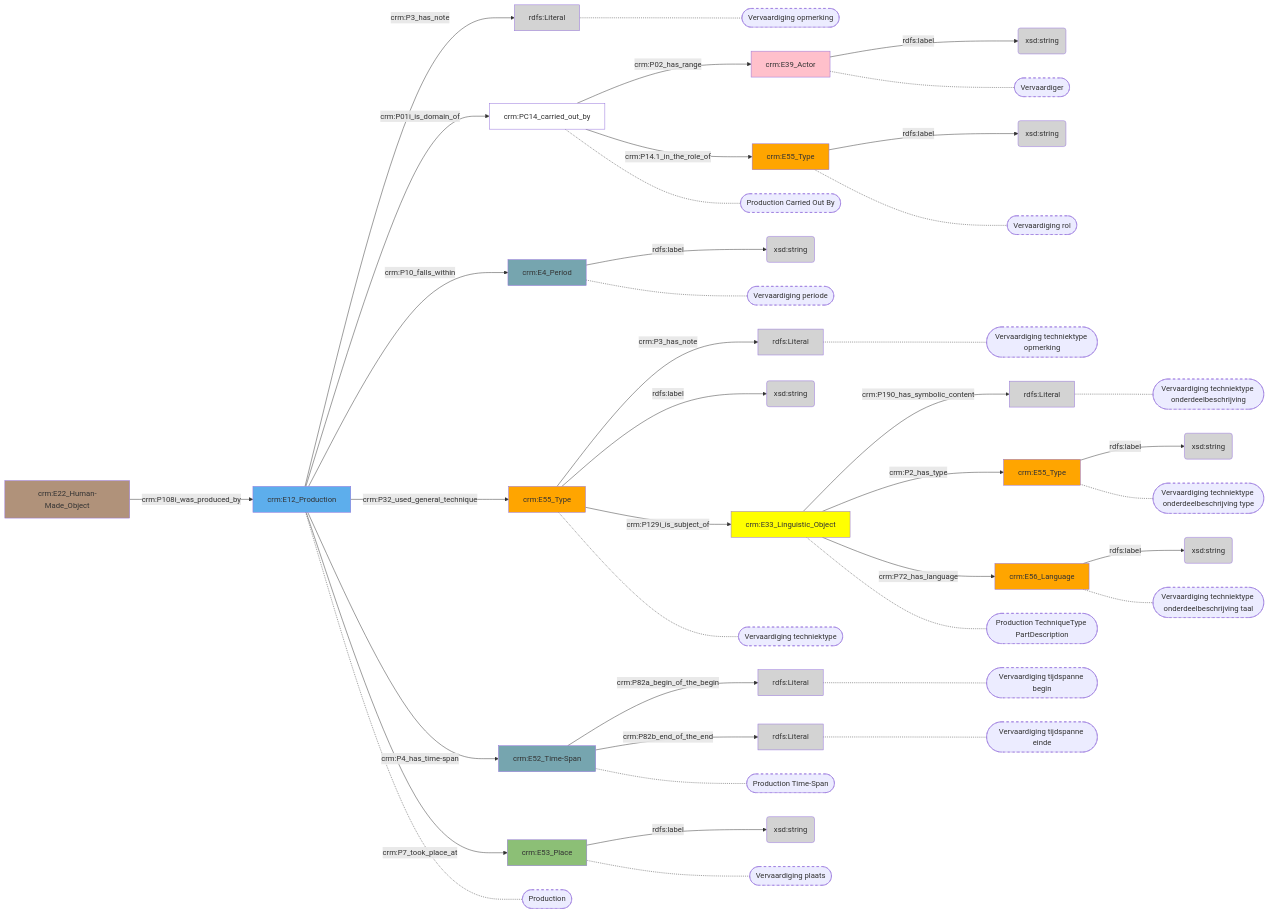
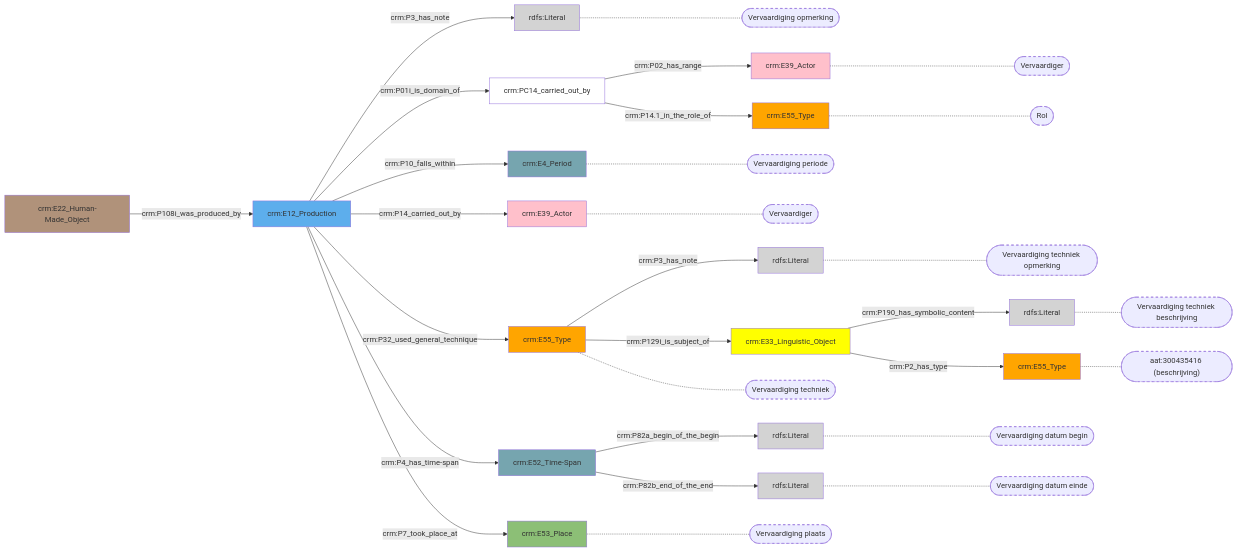
Before and after one commit to digipolisantwerpdocumentation/antwerp-cultureel-erfgoed: the diagram in docs/content/modellen/MuseologicalObject/Vervaardiging.md, drawn with Mermaid. The commit also changed 170 other files, not shown here.

````diff
--- a/docs/content/modellen/MuseologicalObject/Vervaardiging.md
+++ b/docs/content/modellen/MuseologicalObject/Vervaardiging.md
@@ -1,82 +1,60 @@
 ```mermaid
 graph LR
+style 0bbab020-c4cc-11ee-8106-960002548b4f fill:#ffff00
+style 0bbab377-c4cc-11ee-98ed-960002548b4f fill:#D3D3D3
+style 0bbab3fc-c4cc-11ee-8509-960002548b4f fill:#ffa500
+style 73fcc5b4-eda1-11ed-9064-00163e71351b fill:#5DAEEC
+style 73fcc992-eda1-11ed-9064-00163e71351b fill:#76A5AF
+style 73fccd66-eda1-11ed-9064-00163e71351b fill:#ffc0cb
+style 73fcce42-eda1-11ed-9064-00163e71351b fill:#ffa500
+style 73fccf1e-eda1-11ed-9064-00163e71351b fill:#ffa500
+style 73fcd19e-eda1-11ed-9064-00163e71351b fill:#D3D3D3
+style 73fcd284-eda1-11ed-9064-00163e71351b fill:#ffffff
+style 73fcd41e-eda1-11ed-9064-00163e71351b fill:#D3D3D3
+style 73fcd4fa-eda1-11ed-9064-00163e71351b fill:#8CBF76
+style 756a8e1e-4584-11ee-bc5c-00163e71351b fill:#76A5AF
+style 7d7e51a6-1002-11ee-b0c4-00163e71351b fill:#D3D3D3
+style aaaea982-1002-11ee-974d-00163e71351b fill:#D3D3D3
+style b9d92aa8-11ce-11ef-a1f9-960002548b4f fill:#ffc0cb
+style fa95cea2-dd27-11ed-9655-00163e71351b fill:#B0927A
 0bbab020-c4cc-11ee-8106-960002548b4f["crm:E33_Linguistic_Object"]-->|"crm:P190_has_symbolic_content"|0bbab377-c4cc-11ee-98ed-960002548b4f(rdfs:Literal)
-0bbab3fc-c4cc-11ee-8509-960002548b4f["crm:E55_Type"]-->|"rdfs:label"|0bbab2c8-c4cc-11ee-88f9-960002548b4f(xsd:string)
-0bbab47d-c4cc-11ee-a12a-960002548b4f["crm:E56_Language"]-->|"rdfs:label"|0bbab4f3-c4cc-11ee-9505-960002548b4f(xsd:string)
 73fcc5b4-eda1-11ed-9064-00163e71351b["crm:E12_Production"]-->|"crm:P3_has_note"|7d7e51a6-1002-11ee-b0c4-00163e71351b(rdfs:Literal)
 73fcc992-eda1-11ed-9064-00163e71351b["crm:E52_Time-Span"]-->|"crm:P82a_begin_of_the_begin"|73fcd41e-eda1-11ed-9064-00163e71351b(rdfs:Literal)
 73fcc992-eda1-11ed-9064-00163e71351b["crm:E52_Time-Span"]-->|"crm:P82b_end_of_the_end"|73fcd19e-eda1-11ed-9064-00163e71351b(rdfs:Literal)
-73fccd66-eda1-11ed-9064-00163e71351b["crm:E39_Actor"]-->|"rdfs:label"|73fccffa-eda1-11ed-9064-00163e71351b(xsd:string)
-73fcce42-eda1-11ed-9064-00163e71351b["crm:E55_Type"]-->|"rdfs:label"|73fccabe-eda1-11ed-9064-00163e71351b(xsd:string)
 73fccf1e-eda1-11ed-9064-00163e71351b["crm:E55_Type"]-->|"crm:P3_has_note"|aaaea982-1002-11ee-974d-00163e71351b(rdfs:Literal)
-73fccf1e-eda1-11ed-9064-00163e71351b["crm:E55_Type"]-->|"rdfs:label"|73fcd0d6-eda1-11ed-9064-00163e71351b(xsd:string)
-73fcd4fa-eda1-11ed-9064-00163e71351b["crm:E53_Place"]-->|"rdfs:label"|73fcd356-eda1-11ed-9064-00163e71351b(xsd:string)
-756a8e1e-4584-11ee-bc5c-00163e71351b["crm:E4_Period"]-->|"rdfs:label"|dfaf0476-4584-11ee-b0c4-00163e71351b(xsd:string)
+style 0bbab377-c4cc-11ee-98ed-960002548b4f_s stroke-dasharray: 5
+style 0bbab3fc-c4cc-11ee-8509-960002548b4f_s stroke-dasharray: 5
+style 756a8e1e-4584-11ee-bc5c-00163e71351b_s stroke-dasharray: 5
+style b9d92aa8-11ce-11ef-a1f9-960002548b4f_s stroke-dasharray: 5
+style 7d7e51a6-1002-11ee-b0c4-00163e71351b_s stroke-dasharray: 5
+style 73fccf1e-eda1-11ed-9064-00163e71351b_s stroke-dasharray: 5
+style 73fcd4fa-eda1-11ed-9064-00163e71351b_s stroke-dasharray: 5
+style 73fcd41e-eda1-11ed-9064-00163e71351b_s stroke-dasharray: 5
+style 73fcd19e-eda1-11ed-9064-00163e71351b_s stroke-dasharray: 5
+style aaaea982-1002-11ee-974d-00163e71351b_s stroke-dasharray: 5
+style 73fccd66-eda1-11ed-9064-00163e71351b_s stroke-dasharray: 5
+style 73fcce42-eda1-11ed-9064-00163e71351b_s stroke-dasharray: 5
 0bbab020-c4cc-11ee-8106-960002548b4f["crm:E33_Linguistic_Object"]-->|"crm:P2_has_type"|0bbab3fc-c4cc-11ee-8509-960002548b4f["crm:E55_Type"]
-0bbab020-c4cc-11ee-8106-960002548b4f["crm:E33_Linguistic_Object"]-->|"crm:P72_has_language"|0bbab47d-c4cc-11ee-a12a-960002548b4f["crm:E56_Language"]
 73fcc5b4-eda1-11ed-9064-00163e71351b["crm:E12_Production"]-->|"crm:P01i_is_domain_of"|73fcd284-eda1-11ed-9064-00163e71351b["crm:PC14_carried_out_by"]
 73fcc5b4-eda1-11ed-9064-00163e71351b["crm:E12_Production"]-->|"crm:P10_falls_within"|756a8e1e-4584-11ee-bc5c-00163e71351b["crm:E4_Period"]
+73fcc5b4-eda1-11ed-9064-00163e71351b["crm:E12_Production"]-->|"crm:P14_carried_out_by"|b9d92aa8-11ce-11ef-a1f9-960002548b4f["crm:E39_Actor"]
 73fcc5b4-eda1-11ed-9064-00163e71351b["crm:E12_Production"]-->|"crm:P32_used_general_technique"|73fccf1e-eda1-11ed-9064-00163e71351b["crm:E55_Type"]
 73fcc5b4-eda1-11ed-9064-00163e71351b["crm:E12_Production"]-->|"crm:P4_has_time-span"|73fcc992-eda1-11ed-9064-00163e71351b["crm:E52_Time-Span"]
 73fcc5b4-eda1-11ed-9064-00163e71351b["crm:E12_Production"]-->|"crm:P7_took_place_at"|73fcd4fa-eda1-11ed-9064-00163e71351b["crm:E53_Place"]
 73fccf1e-eda1-11ed-9064-00163e71351b["crm:E55_Type"]-->|"crm:P129i_is_subject_of"|0bbab020-c4cc-11ee-8106-960002548b4f["crm:E33_Linguistic_Object"]
 73fcd284-eda1-11ed-9064-00163e71351b["crm:PC14_carried_out_by"]-->|"crm:P02_has_range"|73fccd66-eda1-11ed-9064-00163e71351b["crm:E39_Actor"]
 73fcd284-eda1-11ed-9064-00163e71351b["crm:PC14_carried_out_by"]-->|"crm:P14.1_in_the_role_of"|73fcce42-eda1-11ed-9064-00163e71351b["crm:E55_Type"]
 fa95cea2-dd27-11ed-9655-00163e71351b["crm:E22_Human-Made_Object"]-->|"crm:P108i_was_produced_by"|73fcc5b4-eda1-11ed-9064-00163e71351b["crm:E12_Production"]
-0bbab377-c4cc-11ee-98ed-960002548b4f["rdfs:Literal"]-.-0bbab377-c4cc-11ee-98ed-960002548b4f_s(["Vervaardiging techniektype onderdeelbeschrijving"])
-0bbab3fc-c4cc-11ee-8509-960002548b4f["crm:E55_Type"]-.-0bbab3fc-c4cc-11ee-8509-960002548b4f_s(["Vervaardiging techniektype onderdeelbeschrijving type"])
-0bbab47d-c4cc-11ee-a12a-960002548b4f["crm:E56_Language"]-.-0bbab47d-c4cc-11ee-a12a-960002548b4f_s(["Vervaardiging techniektype onderdeelbeschrijving taal"])
-73fcd284-eda1-11ed-9064-00163e71351b["crm:PC14_carried_out_by"]-.-73fcd284-eda1-11ed-9064-00163e71351b_s(["Production Carried Out By"])
+0bbab377-c4cc-11ee-98ed-960002548b4f["rdfs:Literal"]-.-0bbab377-c4cc-11ee-98ed-960002548b4f_s(["Vervaardiging techniek beschrijving"])
+0bbab3fc-c4cc-11ee-8509-960002548b4f["crm:E55_Type"]-.-0bbab3fc-c4cc-11ee-8509-960002548b4f_s(["aat:300435416 (beschrijving)"])
 756a8e1e-4584-11ee-bc5c-00163e71351b["crm:E4_Period"]-.-756a8e1e-4584-11ee-bc5c-00163e71351b_s(["Vervaardiging periode"])
+b9d92aa8-11ce-11ef-a1f9-960002548b4f["crm:E39_Actor"]-.-b9d92aa8-11ce-11ef-a1f9-960002548b4f_s(["Vervaardiger"])
 7d7e51a6-1002-11ee-b0c4-00163e71351b["rdfs:Literal"]-.-7d7e51a6-1002-11ee-b0c4-00163e71351b_s(["Vervaardiging opmerking"])
-73fccf1e-eda1-11ed-9064-00163e71351b["crm:E55_Type"]-.-73fccf1e-eda1-11ed-9064-00163e71351b_s(["Vervaardiging techniektype"])
-73fcc992-eda1-11ed-9064-00163e71351b["crm:E52_Time-Span"]-.-73fcc992-eda1-11ed-9064-00163e71351b_s(["Production Time-Span"])
+73fccf1e-eda1-11ed-9064-00163e71351b["crm:E55_Type"]-.-73fccf1e-eda1-11ed-9064-00163e71351b_s(["Vervaardiging techniek"])
 73fcd4fa-eda1-11ed-9064-00163e71351b["crm:E53_Place"]-.-73fcd4fa-eda1-11ed-9064-00163e71351b_s(["Vervaardiging plaats"])
-73fcd41e-eda1-11ed-9064-00163e71351b["rdfs:Literal"]-.-73fcd41e-eda1-11ed-9064-00163e71351b_s(["Vervaardiging tijdspanne begin"])
-73fcd19e-eda1-11ed-9064-00163e71351b["rdfs:Literal"]-.-73fcd19e-eda1-11ed-9064-00163e71351b_s(["Vervaardiging tijdspanne einde"])
-0bbab020-c4cc-11ee-8106-960002548b4f["crm:E33_Linguistic_Object"]-.-0bbab020-c4cc-11ee-8106-960002548b4f_s(["Production TechniqueType PartDescription"])
-aaaea982-1002-11ee-974d-00163e71351b["rdfs:Literal"]-.-aaaea982-1002-11ee-974d-00163e71351b_s(["Vervaardiging techniektype opmerking"])
+73fcd41e-eda1-11ed-9064-00163e71351b["rdfs:Literal"]-.-73fcd41e-eda1-11ed-9064-00163e71351b_s(["Vervaardiging datum begin"])
+73fcd19e-eda1-11ed-9064-00163e71351b["rdfs:Literal"]-.-73fcd19e-eda1-11ed-9064-00163e71351b_s(["Vervaardiging datum einde"])
+aaaea982-1002-11ee-974d-00163e71351b["rdfs:Literal"]-.-aaaea982-1002-11ee-974d-00163e71351b_s(["Vervaardiging techniek opmerking"])
 73fccd66-eda1-11ed-9064-00163e71351b["crm:E39_Actor"]-.-73fccd66-eda1-11ed-9064-00163e71351b_s(["Vervaardiger"])
-73fcce42-eda1-11ed-9064-00163e71351b["crm:E55_Type"]-.-73fcce42-eda1-11ed-9064-00163e71351b_s(["Vervaardiging rol"])
-73fcc5b4-eda1-11ed-9064-00163e71351b["crm:E12_Production"]-.-73fcc5b4-eda1-11ed-9064-00163e71351b_s(["Production"])
-style 0bbab377-c4cc-11ee-98ed-960002548b4f_s stroke-dasharray: 5
-style 0bbab3fc-c4cc-11ee-8509-960002548b4f_s stroke-dasharray: 5
-style 0bbab47d-c4cc-11ee-a12a-960002548b4f_s stroke-dasharray: 5
-style 73fcd284-eda1-11ed-9064-00163e71351b_s stroke-dasharray: 5
-style 756a8e1e-4584-11ee-bc5c-00163e71351b_s stroke-dasharray: 5
-style 7d7e51a6-1002-11ee-b0c4-00163e71351b_s stroke-dasharray: 5
-style 73fccf1e-eda1-11ed-9064-00163e71351b_s stroke-dasharray: 5
-style 73fcc992-eda1-11ed-9064-00163e71351b_s stroke-dasharray: 5
-style 73fcd4fa-eda1-11ed-9064-00163e71351b_s stroke-dasharray: 5
-style 73fcd41e-eda1-11ed-9064-00163e71351b_s stroke-dasharray: 5
-style 73fcd19e-eda1-11ed-9064-00163e71351b_s stroke-dasharray: 5
-style 0bbab020-c4cc-11ee-8106-960002548b4f_s stroke-dasharray: 5
-style aaaea982-1002-11ee-974d-00163e71351b_s stroke-dasharray: 5
-style 73fccd66-eda1-11ed-9064-00163e71351b_s stroke-dasharray: 5
-style 73fcce42-eda1-11ed-9064-00163e71351b_s stroke-dasharray: 5
-style 73fcc5b4-eda1-11ed-9064-00163e71351b_s stroke-dasharray: 5
-style 0bbab020-c4cc-11ee-8106-960002548b4f fill:#ffff00
-style 0bbab2c8-c4cc-11ee-88f9-960002548b4f fill:#D3D3D3
-style 0bbab377-c4cc-11ee-98ed-960002548b4f fill:#D3D3D3
-style 0bbab3fc-c4cc-11ee-8509-960002548b4f fill:#ffa500
-style 0bbab47d-c4cc-11ee-a12a-960002548b4f fill:#ffa500
-style 0bbab4f3-c4cc-11ee-9505-960002548b4f fill:#D3D3D3
-style 73fcc5b4-eda1-11ed-9064-00163e71351b fill:#5DAEEC
-style 73fcc992-eda1-11ed-9064-00163e71351b fill:#76A5AF
-style 73fccabe-eda1-11ed-9064-00163e71351b fill:#D3D3D3
-style 73fccd66-eda1-11ed-9064-00163e71351b fill:#ffc0cb
-style 73fcce42-eda1-11ed-9064-00163e71351b fill:#ffa500
-style 73fccf1e-eda1-11ed-9064-00163e71351b fill:#ffa500
-style 73fccffa-eda1-11ed-9064-00163e71351b fill:#D3D3D3
-style 73fcd0d6-eda1-11ed-9064-00163e71351b fill:#D3D3D3
-style 73fcd19e-eda1-11ed-9064-00163e71351b fill:#D3D3D3
-style 73fcd284-eda1-11ed-9064-00163e71351b fill:#ffffff
-style 73fcd356-eda1-11ed-9064-00163e71351b fill:#D3D3D3
-style 73fcd41e-eda1-11ed-9064-00163e71351b fill:#D3D3D3
-style 73fcd4fa-eda1-11ed-9064-00163e71351b fill:#8CBF76
-style 756a8e1e-4584-11ee-bc5c-00163e71351b fill:#76A5AF
-style 7d7e51a6-1002-11ee-b0c4-00163e71351b fill:#D3D3D3
-style aaaea982-1002-11ee-974d-00163e71351b fill:#D3D3D3
-style dfaf0476-4584-11ee-b0c4-00163e71351b fill:#D3D3D3
-style fa95cea2-dd27-11ed-9655-00163e71351b fill:#B0927A
+73fcce42-eda1-11ed-9064-00163e71351b["crm:E55_Type"]-.-73fcce42-eda1-11ed-9064-00163e71351b_s(["Rol"])
 ```
````
